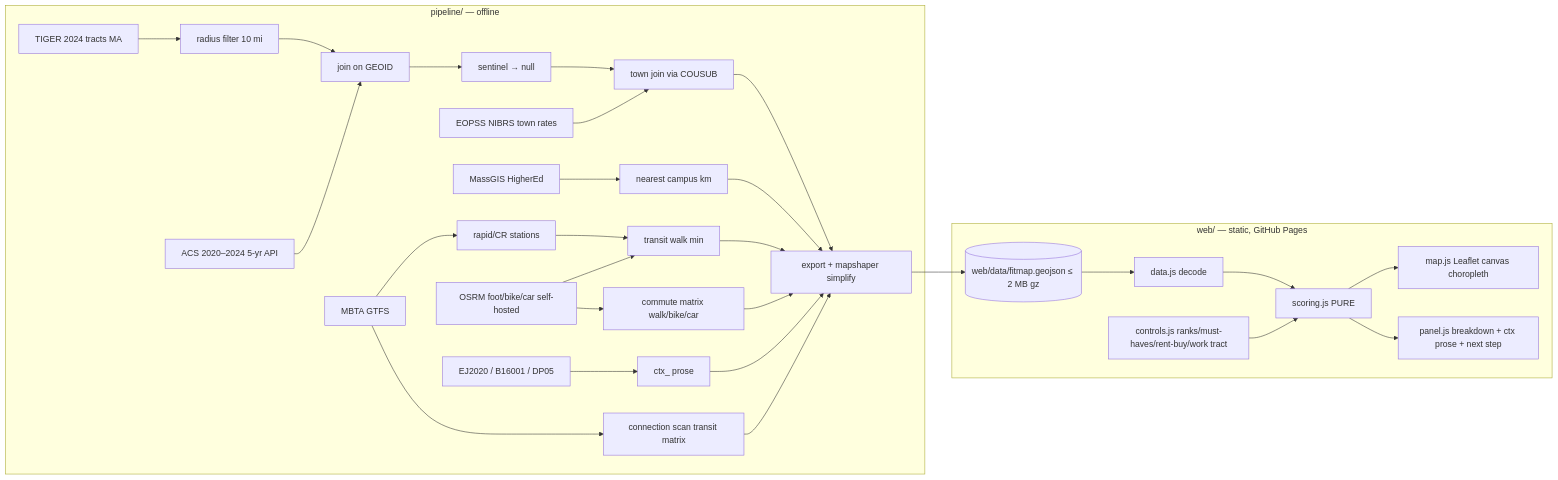
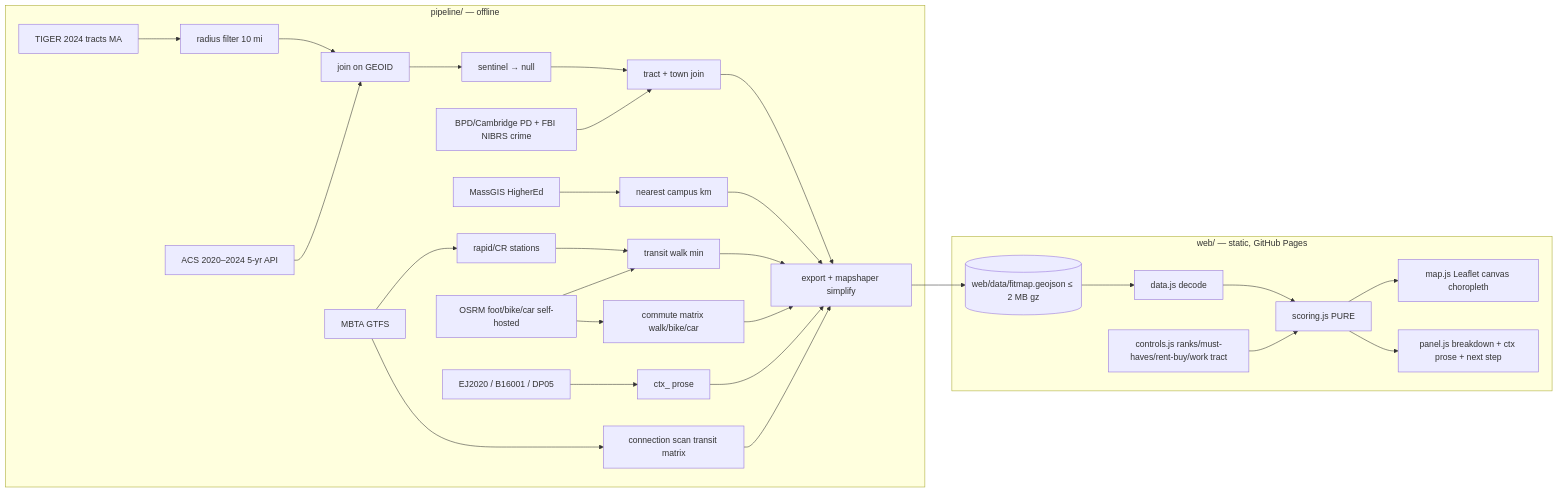
Before and after one commit to Klevinns/yourboston: the diagram in .kiro/specs/fitmap/design.md, drawn with Mermaid. The commit also changed other lines of this file and 39 other files, not shown here.

````diff
--- a/.kiro/specs/fitmap/design.md
+++ b/.kiro/specs/fitmap/design.md
@@ -12,27 +12,27 @@
 ```mermaid
 flowchart LR
   subgraph Pipeline [pipeline/ — offline]
     T[TIGER 2024 tracts MA] --> F[radius filter 10 mi]
     A[ACS 2020–2024 5-yr API] --> J[join on GEOID]
     F --> J
     J --> S[sentinel → null]
-    C[EOPSS NIBRS town rates] --> TJ[town join via COUSUB]
+    C[BPD/Cambridge PD + FBI NIBRS crime] --> TJ[tract + town join]
     S --> TJ
     H[MassGIS HigherEd] --> CP[nearest campus km]
     G[MBTA GTFS] --> ST[rapid/CR stations]
     O[OSRM foot/bike/car self-hosted] --> TR[transit walk min]
     ST --> TR
     O --> CM[commute matrix walk/bike/car]
     G --> TX[connection scan transit matrix]
     E[EJ2020 / B16001 / DP05] --> PR[ctx_ prose]
     TJ & CP & TR & CM & TX & PR --> X[export + mapshaper simplify]
   end
   X --> GJ[(web/data/fitmap.geojson ≤ 2 MB gz)]
   subgraph Frontend [web/ — static, GitHub Pages]
     GJ --> D[data.js decode]
     D --> SC[scoring.js PURE]
     UI[controls.js ranks/must-haves/rent-buy/work tract] --> SC
     SC --> M[map.js Leaflet canvas choropleth]
     SC --> P[panel.js breakdown + ctx prose + next step]
   end
 ```
````
